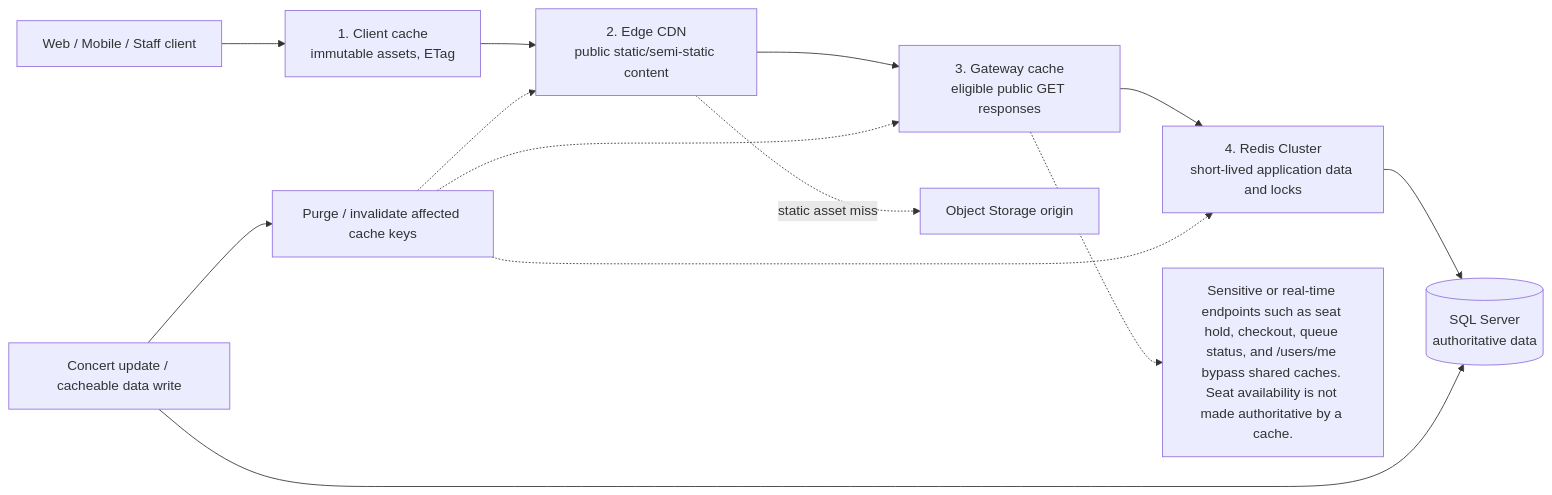
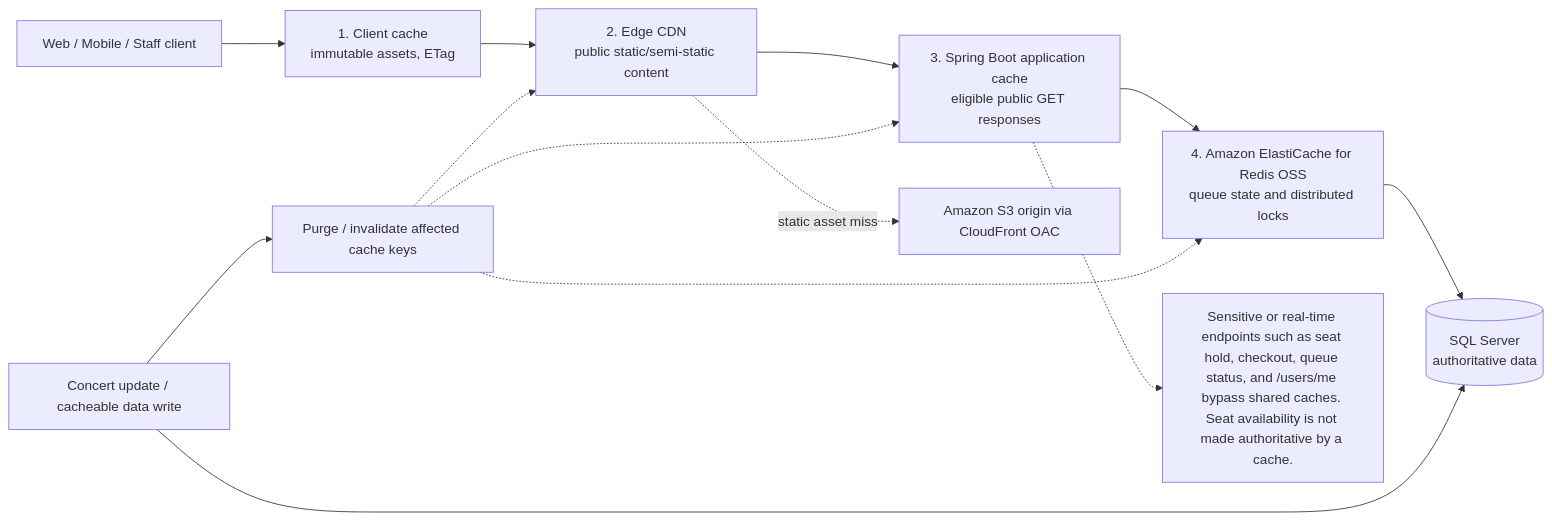
One commit to toanteng11/concert-ticketing-docs changed the first of 2 diagrams in business-analysis/05_Non_Functional_Requirements_(NFR)/01_Cross_Platform_Caching_And_CDN.md. Above: the diagram before and after it, drawn with Mermaid. The commit also changed other lines of this file and 43 other files, not shown here.

````diff
--- a/business-analysis/05_Non_Functional_Requirements_(NFR)/01_Cross_Platform_Caching_And_CDN.md
+++ b/business-analysis/05_Non_Functional_Requirements_(NFR)/01_Cross_Platform_Caching_And_CDN.md
@@ -53,21 +53,21 @@
 ```mermaid
 flowchart LR
   client["Web / Mobile / Staff client"]
   c1["1. Client cache<br/>immutable assets, ETag"]
   c2["2. Edge CDN<br/>public static/semi-static content"]
-  c3["3. Gateway cache<br/>eligible public GET responses"]
-  c4["4. Redis Cluster<br/>short-lived application data and locks"]
+  c3["3. Spring Boot application cache<br/>eligible public GET responses"]
+  c4["4. Amazon ElastiCache for Redis OSS<br/>queue state and distributed locks"]
   db[("SQL Server<br/>authoritative data")]
-  origin["Object Storage origin"]
+  origin["Amazon S3 origin via CloudFront OAC"]
   write["Concert update / cacheable data write"]
   purge["Purge / invalidate affected cache keys"]
   client --> c1 --> c2 --> c3 --> c4 --> db
   c2 -.->|static asset miss| origin
   write --> db
   write --> purge
   purge -.-> c4
   purge -.-> c3
   purge -.-> c2
   note["Sensitive or real-time endpoints such as seat hold, checkout, queue status, and /users/me bypass shared caches. Seat availability is not made authoritative by a cache."]
   c3 -.-> note
 ```
````
